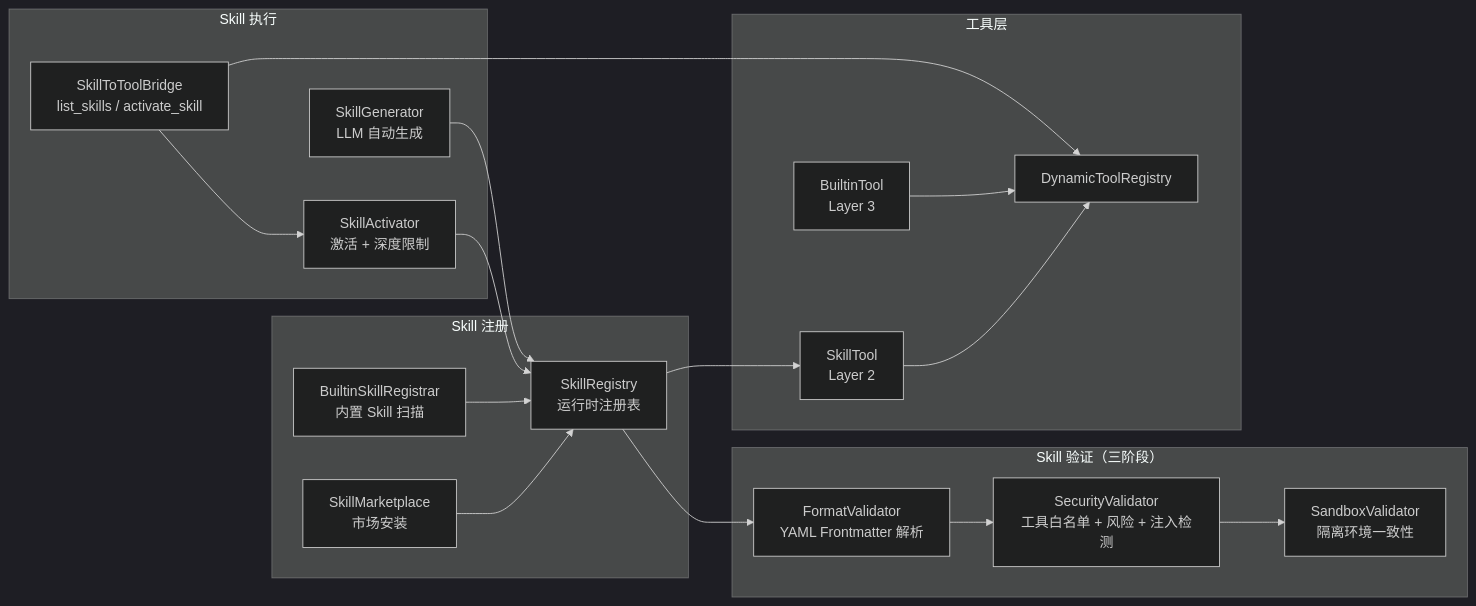
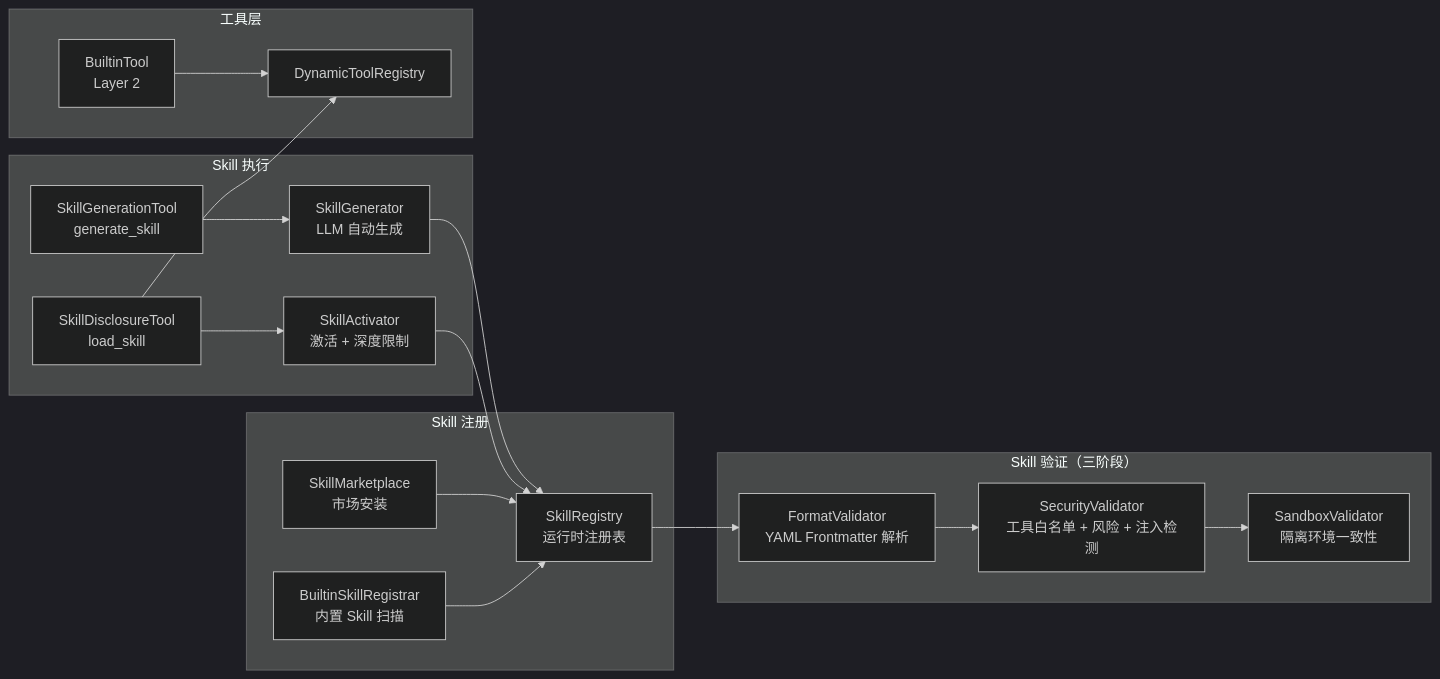
Before and after one commit to ntygod/LifePilot: the sixth of 35 diagrams in ARCHITECTURE-DIAGRAMS.md, drawn with Mermaid (dark theme). The commit also changed other lines of this file and 5 other files, not shown here.

````diff
--- a/ARCHITECTURE-DIAGRAMS.md
+++ b/ARCHITECTURE-DIAGRAMS.md
@@ -329,41 +329,40 @@
 ```mermaid
 graph LR
     subgraph "Skill 注册"
         BuiltinRegistrar[BuiltinSkillRegistrar<br/>内置 Skill 扫描]
         SkillRegistry[SkillRegistry<br/>运行时注册表]
         Marketplace[SkillMarketplace<br/>市场安装]
     end
 
     subgraph "Skill 验证（三阶段）"
         Format[FormatValidator<br/>YAML Frontmatter 解析]
         Security[SecurityValidator<br/>工具白名单 + 风险 + 注入检测]
         Sandbox[SandboxValidator<br/>隔离环境一致性]
     end
 
     subgraph "Skill 执行"
         Activator[SkillActivator<br/>激活 + 深度限制]
-        Bridge[SkillToToolBridge<br/>list_skills / activate_skill]
+        Disclosure[SkillDisclosureTool<br/>load_skill]
+        GenTool[SkillGenerationTool<br/>generate_skill]
         Generator[SkillGenerator<br/>LLM 自动生成]
     end
 
     subgraph "工具层"
         DynRegistry[DynamicToolRegistry]
-        SkillTool[SkillTool<br/>Layer 2]
-        BuiltinTool[BuiltinTool<br/>Layer 3]
+        BuiltinTool[BuiltinTool<br/>Layer 2]
     end
 
     BuiltinRegistrar --> SkillRegistry
     Marketplace --> SkillRegistry
     SkillRegistry --> Format
     Format --> Security
     Security --> Sandbox
 
     Activator --> SkillRegistry
-    Bridge --> Activator
-    Bridge --> DynRegistry
+    Disclosure --> Activator
+    Disclosure --> DynRegistry
+    GenTool --> Generator
     Generator --> SkillRegistry
 
-    SkillRegistry --> SkillTool
-    SkillTool --> DynRegistry
     BuiltinTool --> DynRegistry
 ```
````
